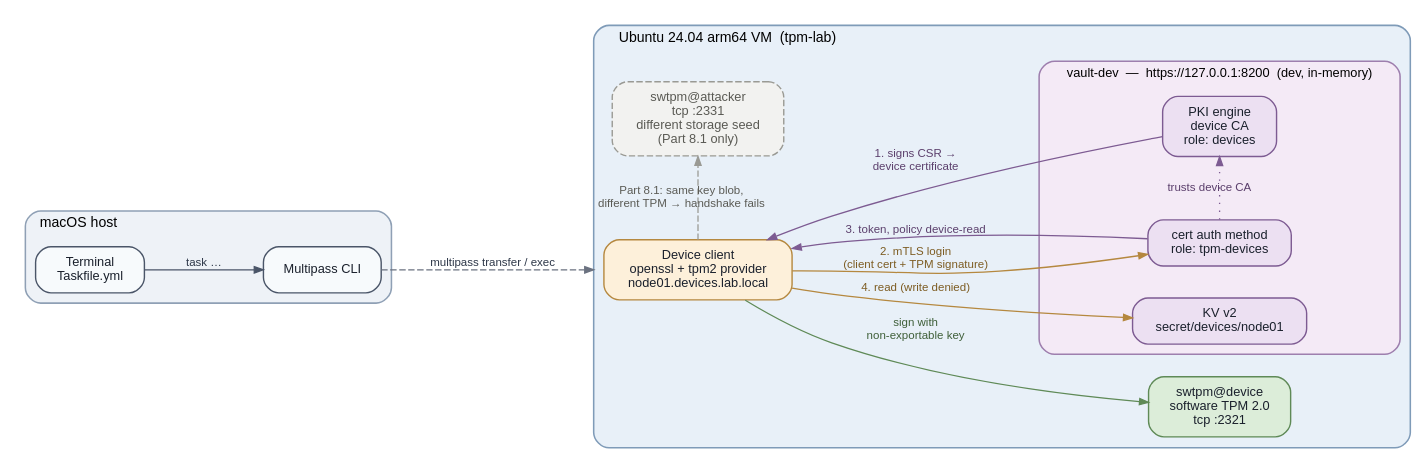
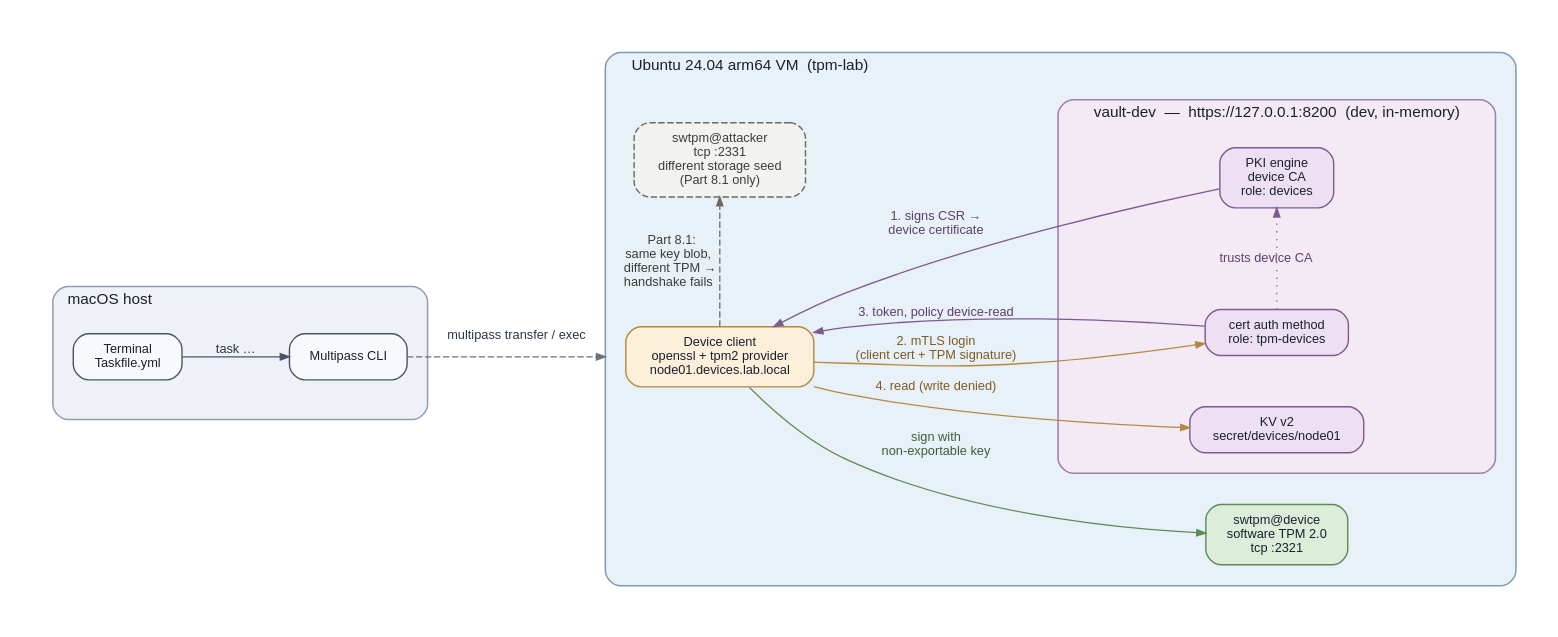
The diagram in docs/diagrams/topology.dot (nhsy-hcp/multipass-vault-tpm), drawn with Graphviz before and after one commit. The commit also changed 7 other files, not shown here.

```diff
--- a/docs/diagrams/topology.dot
+++ b/docs/diagrams/topology.dot
@@ -1,121 +1,137 @@
 // Vault TPM-backed cert auth lab — component topology.
 // Render: dot -Tpng -Gdpi=144 -o topology.png topology.dot
 // or: task docs:diagram
 
 digraph topology {
   rankdir=LR;
   bgcolor="white";
   compound=true;
   splines=spline;
-  nodesep=0.35;
-  ranksep=0.85;
+  nodesep=0.55;
+  ranksep=0.70;
   fontname="Helvetica";
-  fontsize=11;
+  fontsize=12;
+  fontcolor="#1a202c";
+  pad=0.35;
 
   node [
     shape=box,
     style="rounded,filled",
     fontname="Helvetica",
     fontsize=10,
     color="#4a5568",
     fillcolor="#f7fafc",
     fontcolor="#1a202c",
     penwidth=1.1,
     margin="0.18,0.10"
   ];
 
   edge [
     fontname="Helvetica",
-    fontsize=9,
+    fontsize=10,
     color="#4a5568",
     fontcolor="#2d3748",
     penwidth=1.0,
     arrowsize=0.7
   ];
 
   // ---------------------------------------------------------------- macOS host
   subgraph cluster_host {
     label="macOS host";
     labeljust="l";
-    fontsize=11;
+    fontsize=12;
+    fontcolor="#1a202c";
+    margin=16;
     style="rounded,filled";
     fillcolor="#eef2f7";
     color="#8fa0b5";
     penwidth=1.2;
 
     term  [label="Terminal\nTaskfile.yml"];
     mpcli [label="Multipass CLI"];
 
     term -> mpcli [label="task …"];
   }
 
   // ------------------------------------------------------------------- the VM
   subgraph cluster_vm {
     label="Ubuntu 24.04 arm64 VM  (tpm-lab)";
     labeljust="l";
-    fontsize=11;
+    fontsize=12;
+    fontcolor="#1a202c";
+    margin=16;
     style="rounded,filled";
     fillcolor="#e8f0f8";
     color="#7f9bb8";
     penwidth=1.2;
 
     tpm [
       label="swtpm@device\nsoftware TPM 2.0\ntcp :2321",
       fillcolor="#dcedd9",
       color="#5f8a57"
     ];
 
     attacker [
       label="swtpm@attacker\ntcp :2331\ndifferent storage seed\n(Part 8.1 only)",
       style="rounded,filled,dashed",
       fillcolor="#f2f2f0",
-      color="#9a9a94",
-      fontcolor="#5a5a54"
+      color="#6b6b64",
+      fontcolor="#3d3d38"
     ];
 
     client [
       label="Device client\nopenssl + tpm2 provider\nnode01.devices.lab.local",
       fillcolor="#fdf0da",
       color="#b5883f"
     ];
 
     // ------------------------------------------------------------ Vault itself
     subgraph cluster_vault {
       label="vault-dev  —  https://127.0.0.1:8200  (dev, in-memory)";
       labeljust="l";
-      fontsize=10;
+      fontsize=12;
+      fontcolor="#1a202c";
+      margin=16;
       style="rounded,filled";
       fillcolor="#f4eaf6";
       color="#9e7fae";
       penwidth=1.2;
 
       pki  [label="PKI engine\ndevice CA\nrole: devices",   fillcolor="#ece0f2", color="#7d5b92"];
       cert [label="cert auth method\nrole: tpm-devices",     fillcolor="#ece0f2", color="#7d5b92"];
       kv   [label="KV v2\nsecret/devices/node01",            fillcolor="#ece0f2", color="#7d5b92"];
     }
   }
 
   // ---------------------------------------------------------------- host -> VM
   mpcli -> client [
     lhead=cluster_vm,
-    label="multipass transfer / exec",
+    # Trailing blank line lifts the text clear of the dashed spline, which
+    # otherwise runs straight through it on this long horizontal edge.
+    label="multipass transfer / exec\n ",
     style=dashed,
     color="#6b7280"
   ];
 
   // ----------------------------------------------------------------- lab flows
   client -> tpm  [label="sign with\nnon-exportable key", color="#5f8a57", fontcolor="#3f5f39"];
   pki    -> client [label="1. signs CSR →\ndevice certificate", color="#7d5b92", fontcolor="#5b3f6c"];
   client -> cert   [label="2. mTLS login\n(client cert + TPM signature)", color="#b5883f", fontcolor="#7d5c22"];
   cert   -> pki    [label="trusts device CA", style=dotted, constraint=false, color="#7d5b92", fontcolor="#5b3f6c"];
   cert   -> client [label="3. token, policy device-read", color="#7d5b92", fontcolor="#5b3f6c"];
   client -> kv     [label="4. read (write denied)", color="#b5883f", fontcolor="#7d5c22"];
 
   client -> attacker [
-    label="Part 8.1: same key blob,\ndifferent TPM → handshake fails",
+    # constraint=false leaves this edge out of rank assignment, so the spline
+    # runs straight through a plain centred label. Graphviz trims whitespace
+    # padding, so the clearance has to be structural: an HTML label with an
+    # empty right-hand cell shifts the text off the line.
+    label=<<TABLE BORDER="0" CELLBORDER="0" CELLPADDING="0" CELLSPACING="0"><TR>
+             <TD ALIGN="RIGHT">Part 8.1:<BR/>same key blob,<BR/>different TPM &#8594;<BR/>handshake fails</TD>
+             <TD WIDTH="24"></TD></TR></TABLE>>,
     style=dashed,
-    color="#9a9a94",
-    fontcolor="#5a5a54",
+    color="#6b6b64",
+    fontcolor="#3d3d38",
     constraint=false
   ];
 }
```
